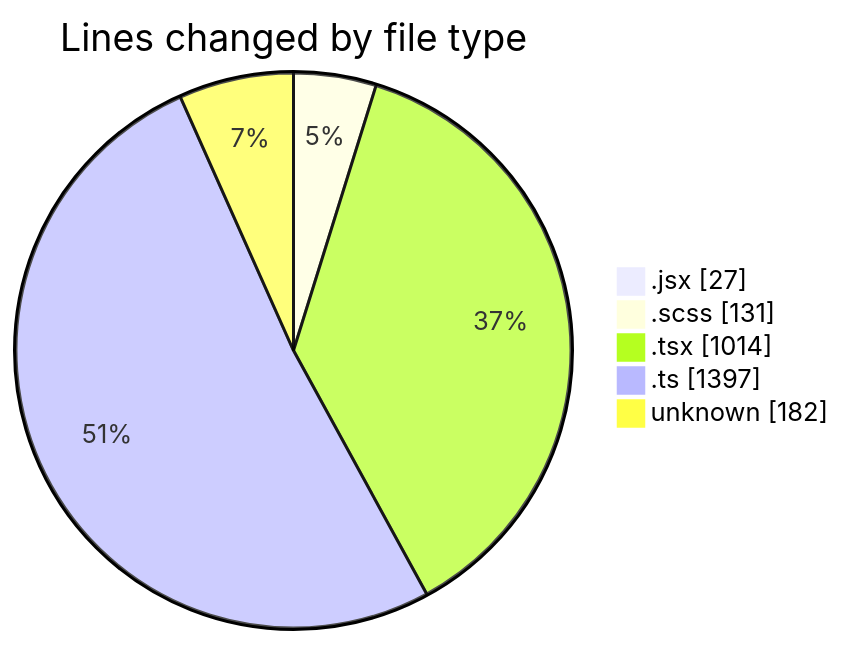
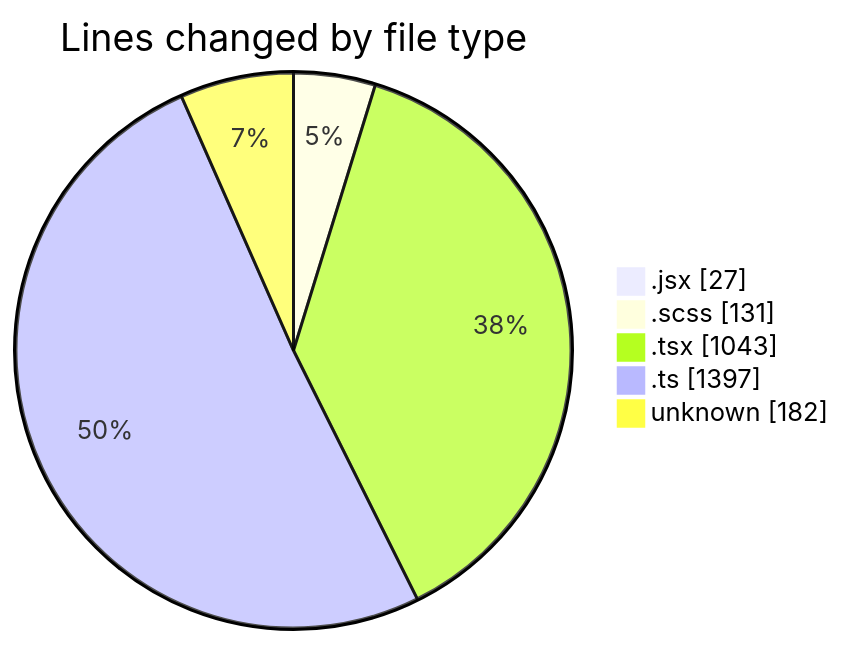
One commit to momahboobian/code-tracking changed the first of 2 diagrams in 2026-03-16/cda/README.md. Above: the diagram before and after it, drawn with Mermaid. The commit also changed other lines of this file and 1 other file, not shown here.

````diff
--- a/2026-03-16/cda/README.md
+++ b/2026-03-16/cda/README.md
@@ -32,9 +32,9 @@
 ```mermaid
 pie showData
 title Lines changed by file type
 ".jsx" : 27
 ".scss" : 131
-".tsx" : 1014
+".tsx" : 1043
 ".ts" : 1397
 "unknown" : 182
 ```
````
